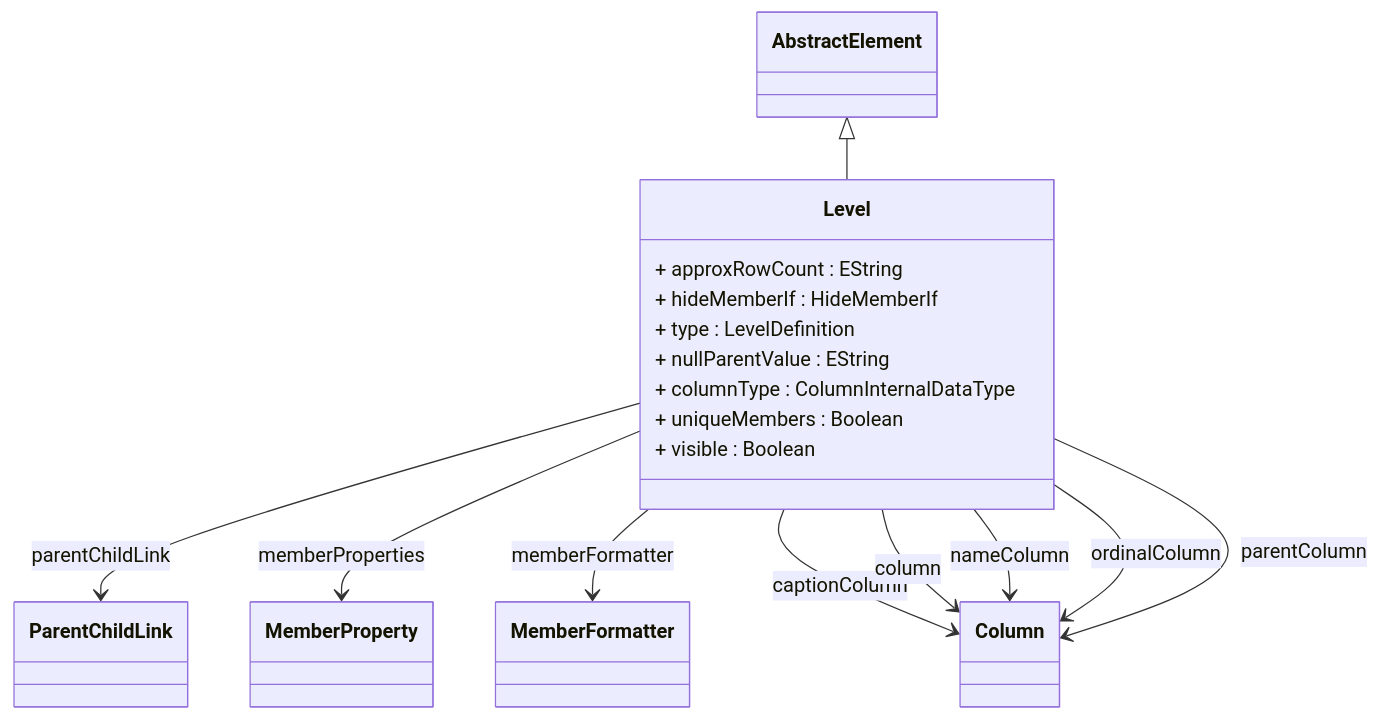
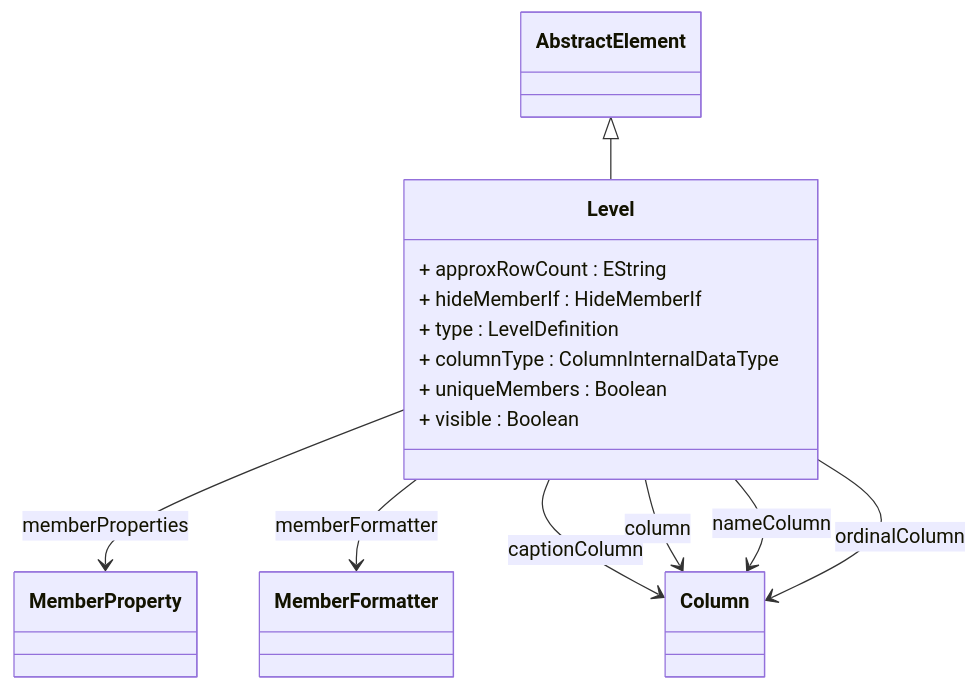
Before and after one commit to eclipse-daanse/eclipse-daanse.github.io: the diagram in docs/cubeserver/model/class-Level.md, drawn with Mermaid. The commit also changed other lines of this file and 113 other files, not shown here.

````diff
--- a/docs/cubeserver/model/class-Level.md
+++ b/docs/cubeserver/model/class-Level.md
@@ -206,23 +176,20 @@
 ```mermaid
 classDiagram
   class Level {
     + approxRowCount : EString
     + hideMemberIf : HideMemberIf
     + type : LevelDefinition
-    + nullParentValue : EString
     + columnType : ColumnInternalDataType
     + uniqueMembers : Boolean
     + visible : Boolean
   }
 
   AbstractElement <|-- Level
-  Level --> ParentChildLink : parentChildLink
   Level --> MemberProperty : memberProperties
   Level --> MemberFormatter : memberFormatter
   Level --> Column : captionColumn
   Level --> Column : column
   Level --> Column : nameColumn
   Level --> Column : ordinalColumn
-  Level --> Column : parentColumn
 
 ```
````
